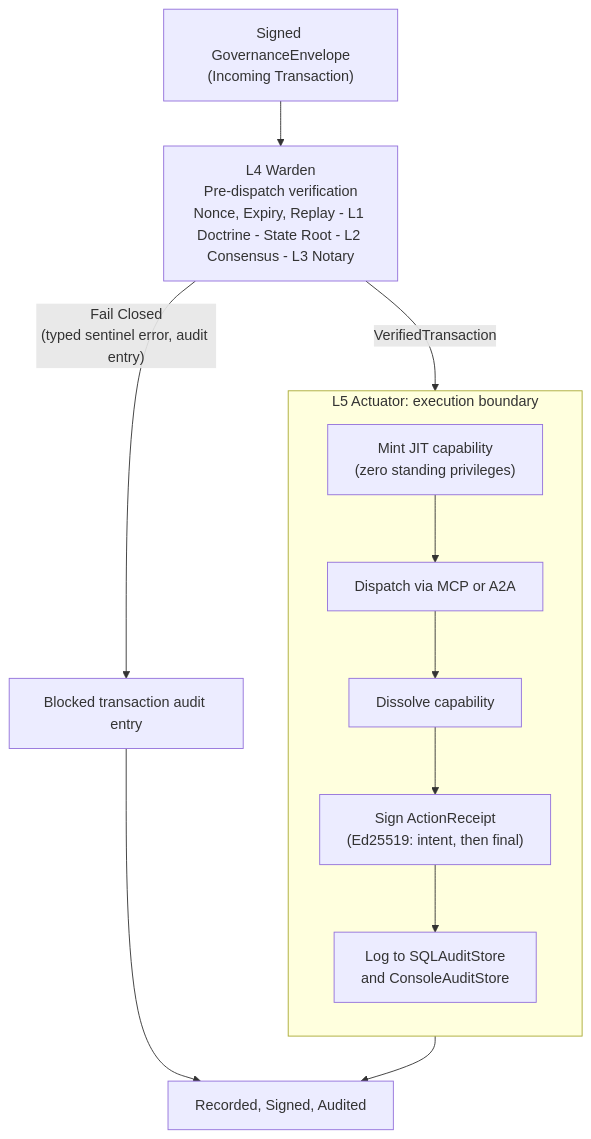
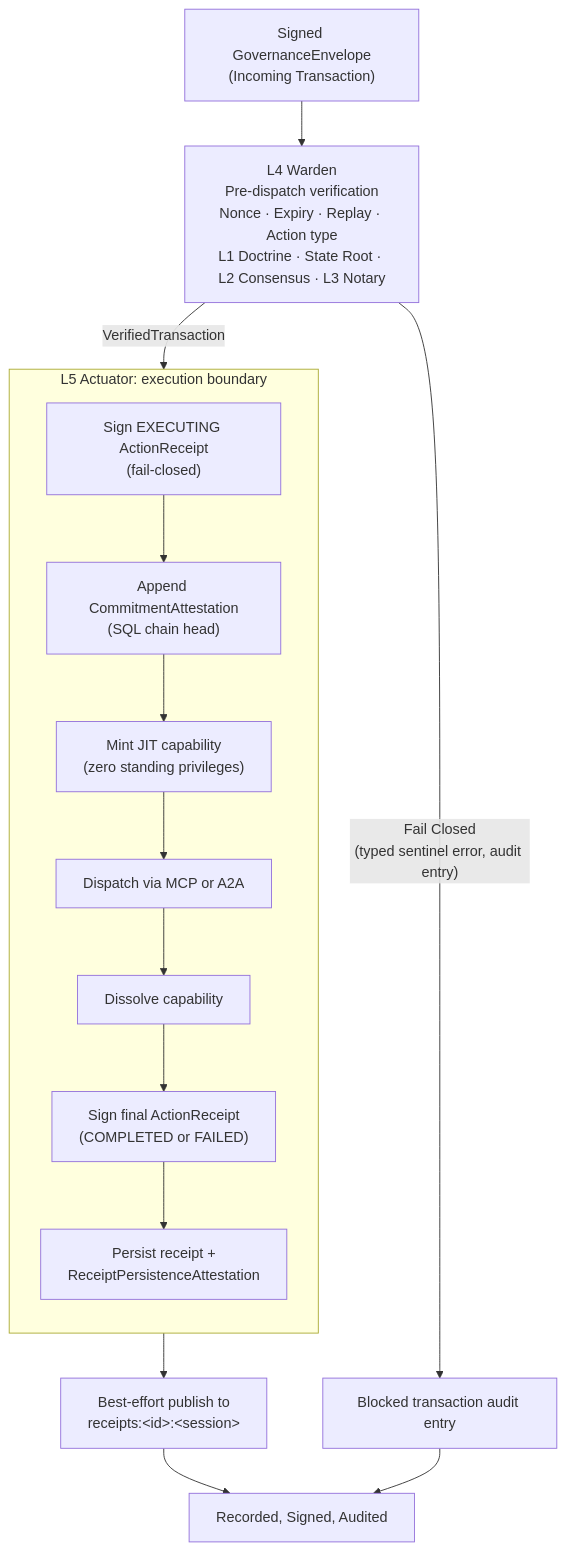
One commit to g8e-ai/g8e changed the diagram in docs/diagrams/graph-operator-pipeline-l1-l5.md. Above: the diagram before and after it, drawn with Mermaid. The commit also changed other lines of this file and 1307 other files, not shown here.

````diff
--- a/docs/diagrams/graph-operator-pipeline-l1-l5.md
+++ b/docs/diagrams/graph-operator-pipeline-l1-l5.md
@@ -7,23 +7,26 @@
 ```mermaid
 graph TD
     Start["Signed GovernanceEnvelope<br/>(Incoming Transaction)"]
 
-    Warden["L4 Warden<br/>Pre-dispatch verification<br/>Nonce, Expiry, Replay - L1 Doctrine - State Root - L2 Consensus - L3 Notary"]
+    Warden["L4 Warden<br/>Pre-dispatch verification<br/>Nonce · Expiry · Replay · Action type<br/>L1 Doctrine · State Root · L2 Consensus · L3 Notary"]
 
     subgraph L5Actuator ["L5 Actuator: execution boundary"]
         direction TB
+        PreReceipt["Sign EXECUTING ActionReceipt<br/>(fail-closed)"]
+        Commit["Append CommitmentAttestation<br/>(SQL chain head)"]
         Cap["Mint JIT capability<br/>(zero standing privileges)"]
         Exec["Dispatch via MCP or A2A"]
         Dissolve["Dissolve capability"]
-        Receipt["Sign ActionReceipt<br/>(Ed25519: intent, then final)"]
-        AuditLog["Log to SQLAuditStore<br/>and ConsoleAuditStore"]
+        Receipt["Sign final ActionReceipt<br/>(COMPLETED or FAILED)"]
+        AuditLog["Persist receipt +<br/>ReceiptPersistenceAttestation"]
 
-        Cap --> Exec --> Dissolve --> Receipt --> AuditLog
+        PreReceipt --> Commit --> Cap --> Exec --> Dissolve --> Receipt --> AuditLog
     end
 
     Start --> Warden
-    Warden -- "VerifiedTransaction" --> Cap
+    Warden -- "VerifiedTransaction" --> PreReceipt
     Warden -- "Fail Closed<br/>(typed sentinel error, audit entry)" --> BlockAudit["Blocked transaction audit entry"]
-    AuditLog --> Done["Recorded, Signed, Audited"]
+    AuditLog --> Publish["Best-effort publish to<br/>receipts:&lt;id&gt;:&lt;session&gt;"]
+    Publish --> Done["Recorded, Signed, Audited"]
     BlockAudit --> Done
 ```
````
